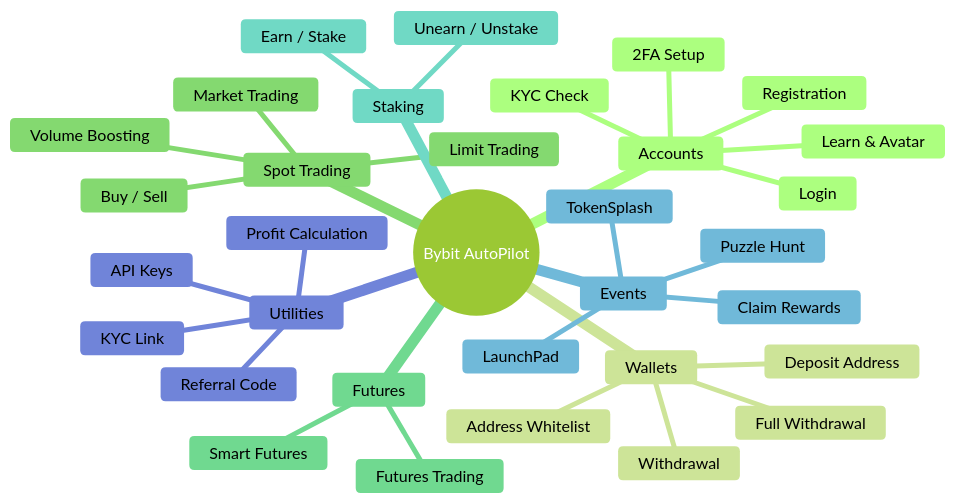
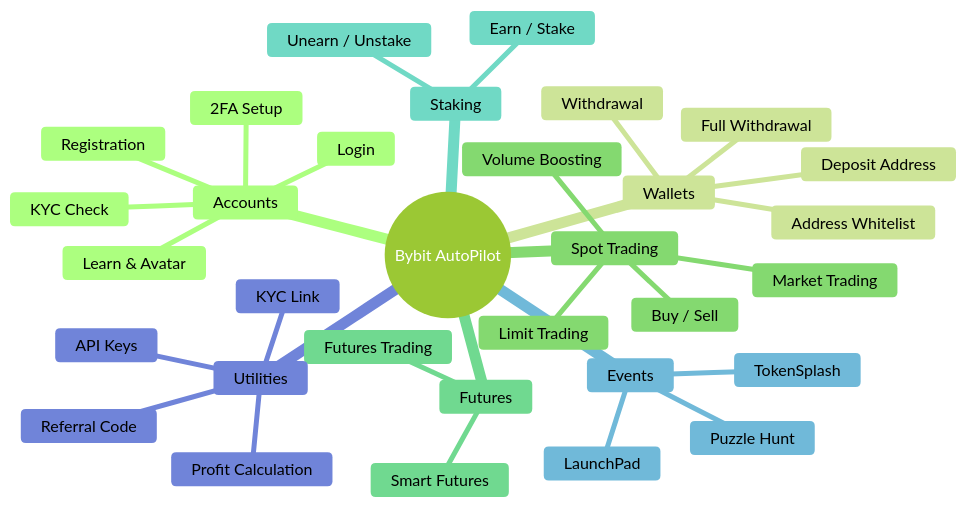
One commit to AutoPilotSoftware/docs changed the second of 12 diagrams in src/content/docs/en/exchanges/bybit-autopilot.md. Above: the diagram before and after it, drawn with Mermaid (forest theme). The commit also changed other lines of this file and 5 other files, not shown here.

````diff
--- a/src/content/docs/en/exchanges/bybit-autopilot.md
+++ b/src/content/docs/en/exchanges/bybit-autopilot.md
@@ -81,36 +81,35 @@
 ```mermaid
 mindmap
   root((Bybit AutoPilot))
     Accounts
       Registration
       Login
       KYC Check
       2FA Setup
       Learn & Avatar
     Wallets
       Deposit Address
       Address Whitelist
       Withdrawal
       Full Withdrawal
     Spot Trading
       Market Trading
       Limit Trading
       Buy / Sell
       Volume Boosting
     Futures
       Futures Trading
       Smart Futures
     Staking
       Earn / Stake
       Unearn / Unstake
     Events
       TokenSplash
       LaunchPad
       Puzzle Hunt
-      Claim Rewards
     Utilities
       API Keys
       Profit Calculation
       Referral Code
       KYC Link
 ```
````
